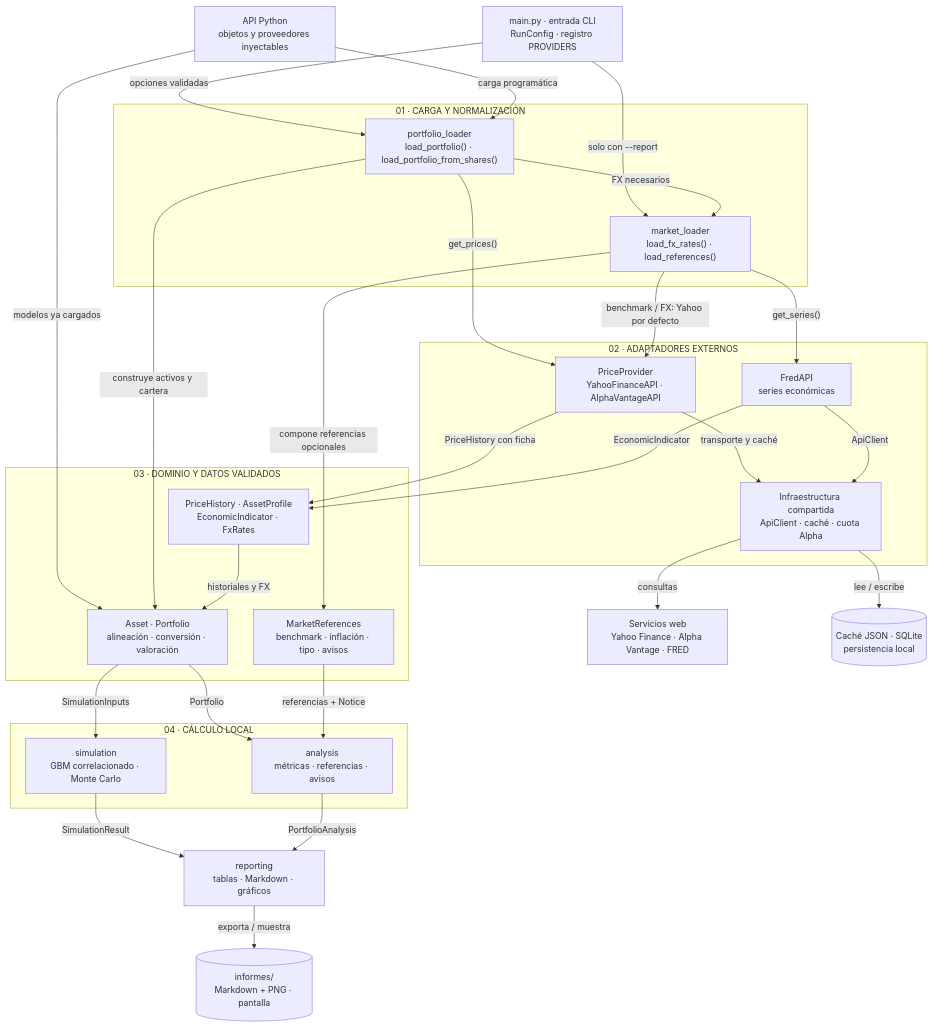
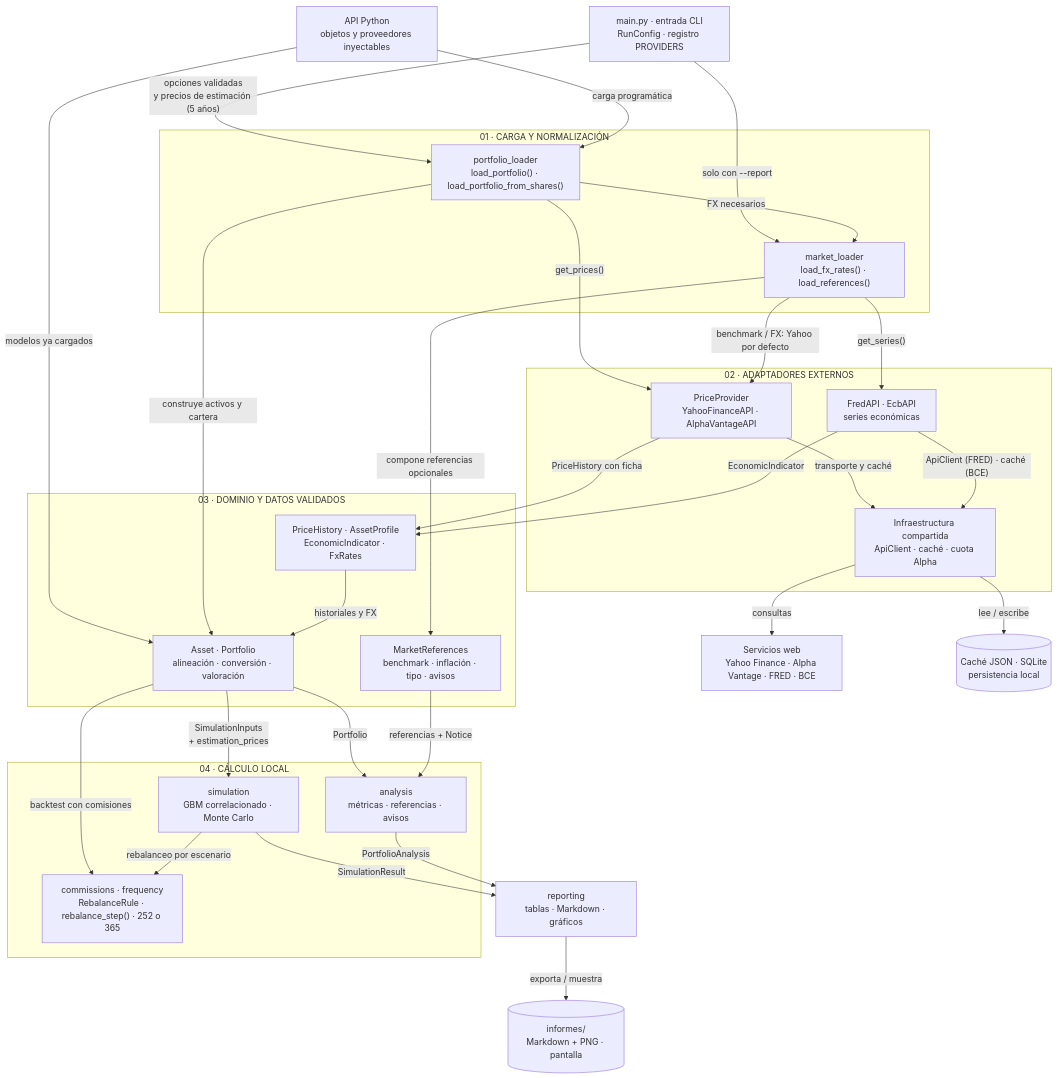
The diagram in diagramas/01-arquitectura.mmd (Diegopasfer1909/tallerb1-t1-equipo7), drawn with Mermaid before and after one commit. The commit also changed 27 other files, not shown here.

Commit message:
Actualiza los diagramas con comisiones, BCE y ventana de estimación

```diff
--- a/diagramas/01-arquitectura.mmd
+++ b/diagramas/01-arquitectura.mmd
@@ -1,56 +1,59 @@
 %% Componentes y responsabilidades: flechas de llamada/entrega, no de importación.
 %% Las fuentes auxiliares son las predeterminadas de CLI; Python admite inyección.
 %%{init: {"flowchart":{"curve":"basis","nodeSpacing":35,"rankSpacing":55}}}%%
 flowchart TB
     accTitle: B1-T1 · Arquitectura del sistema
     accDescr: Orquestación, adaptadores, dominio, cálculo y presentación.
     CLI["main.py · entrada CLI<br/>RunConfig · registro PROVIDERS"]
     PY["API Python<br/>objetos y proveedores inyectables"]
     subgraph LOAD["01 · CARGA Y NORMALIZACIÓN"]
         PL["portfolio_loader<br/>load_portfolio() · load_portfolio_from_shares()"]
         ML["market_loader<br/>load_fx_rates() · load_references()"]
     end
     subgraph ADAPTERS["02 · ADAPTADORES EXTERNOS"]
         PRICE["PriceProvider<br/>YahooFinanceAPI · AlphaVantageAPI"]
-        FRED["FredAPI<br/>series económicas"]
+        FRED["FredAPI · EcbAPI<br/>series económicas"]
         SUPPORT["Infraestructura compartida<br/>ApiClient · caché · cuota Alpha"]
     end
     subgraph DOMAIN["03 · DOMINIO Y DATOS VALIDADOS"]
         MARKET["PriceHistory · AssetProfile<br/>EconomicIndicator · FxRates"]
         PORT["Asset · Portfolio<br/>alineación · conversión · valoración"]
         REF["MarketReferences<br/>benchmark · inflación · tipo · avisos"]
     end
     subgraph COMPUTE["04 · CÁLCULO LOCAL"]
         SIM["simulation<br/>GBM correlacionado · Monte Carlo"]
         ANA["analysis<br/>métricas · referencias · avisos"]
+        COMM["commissions · frequency<br/>RebalanceRule · rebalance_step() · 252 o 365"]
     end
     REP["reporting<br/>tablas · Markdown · gráficos"]
-    NET["Servicios web<br/>Yahoo Finance · Alpha Vantage · FRED"]
+    NET["Servicios web<br/>Yahoo Finance · Alpha Vantage · FRED · BCE"]
     DISK[("Caché JSON · SQLite<br/>persistencia local")]
     OUTPUT[("informes/<br/>Markdown + PNG · pantalla")]
-    CLI -->|"opciones validadas"| PL
+    CLI -->|"opciones validadas<br/>y precios de estimación (5 años)"| PL
     CLI -->|"solo con --report"| ML
     PY -->|"carga programática"| PL
     PY -->|"modelos ya cargados"| PORT
     PL -->|"FX necesarios"| ML
     PL -->|"get_prices()"| PRICE
     ML -->|"benchmark / FX: Yahoo por defecto"| PRICE
     ML -->|"get_series()"| FRED
     PRICE -->|"transporte y caché"| SUPPORT
-    FRED -->|"ApiClient"| SUPPORT
+    FRED -->|"ApiClient (FRED) · caché (BCE)"| SUPPORT
     SUPPORT -->|"consultas"| NET
     SUPPORT -->|"lee / escribe"| DISK
     PRICE -->|"PriceHistory con ficha"| MARKET
     FRED -->|"EconomicIndicator"| MARKET
     PL -->|"construye activos y cartera"| PORT
     MARKET -->|"historiales y FX"| PORT
     ML -->|"compone referencias opcionales"| REF
-    PORT -->|"SimulationInputs"| SIM
+    PORT -->|"SimulationInputs<br/>+ estimation_prices"| SIM
+    PORT -->|"backtest con comisiones"| COMM
+    SIM -->|"rebalanceo por escenario"| COMM
     PORT -->|"Portfolio"| ANA
     REF -->|"referencias + Notice"| ANA
     SIM -->|"SimulationResult"| REP
     ANA -->|"PortfolioAnalysis"| REP
     REP -->|"exporta / muestra"| OUTPUT
 %% Yahoo usa yfinance y las funciones de caché, no ApiClient.
 %% Alpha y FRED usan ApiClient; solo Alpha instala callbacks de cuota.
 %% El cálculo no descarga; reporting sí realiza E/S al exportar o mostrar.
```
